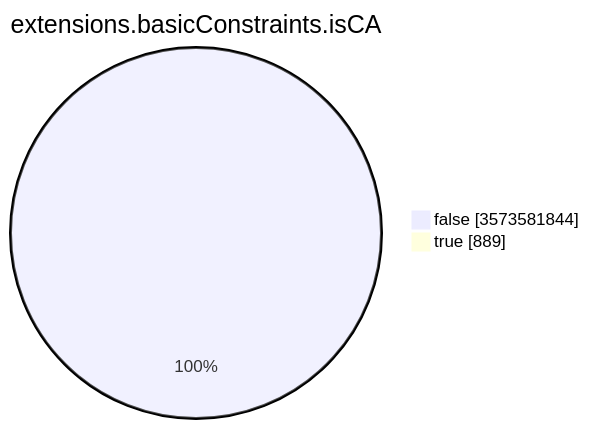
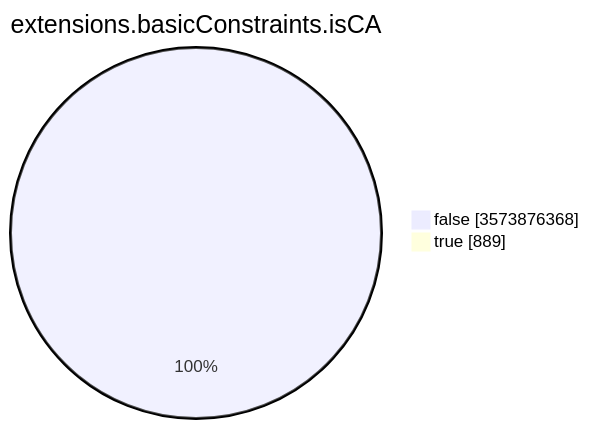
One commit to christiankrug/ctmonitor_visualization changed the seventh of 15 diagrams in TOTAL/README.md. Above: the diagram before and after it, drawn with Mermaid. The commit also changed other lines of this file, not shown here.

````diff
--- a/TOTAL/README.md
+++ b/TOTAL/README.md
@@ -3094,6 +3094,6 @@
 ```mermaid
 pie showData
 title extensions.basicConstraints.isCA
-"false" :3573581844
+"false" :3573876368
 "true" :889
 ```
````
